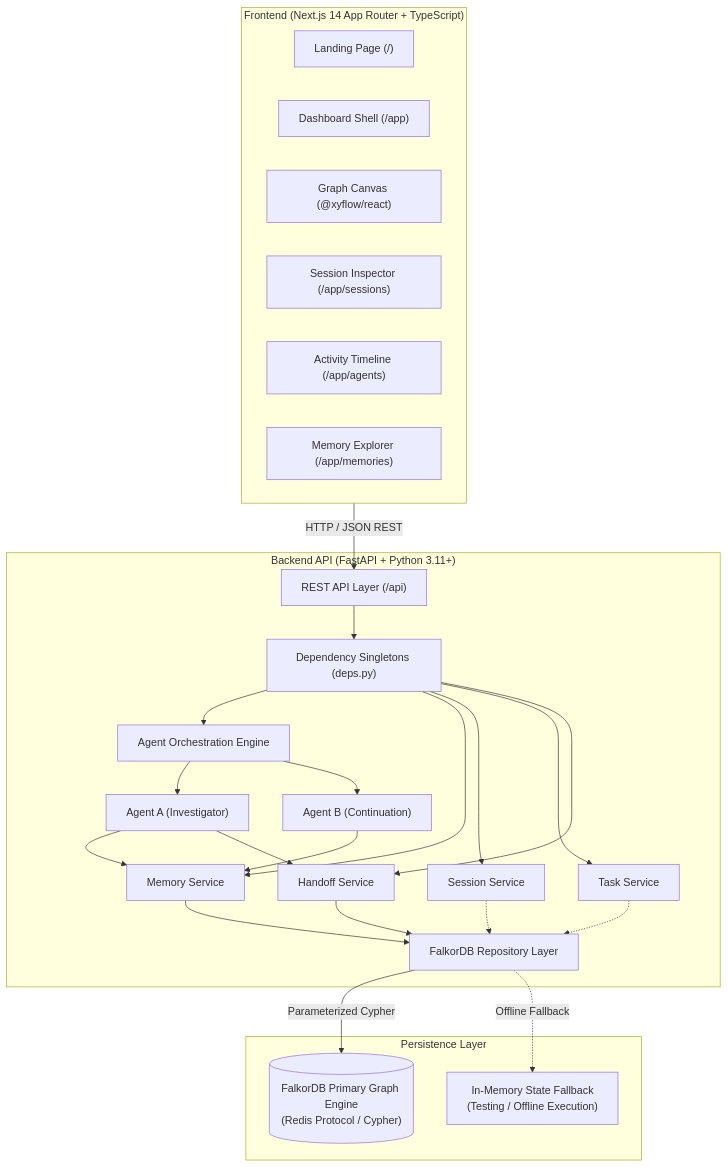
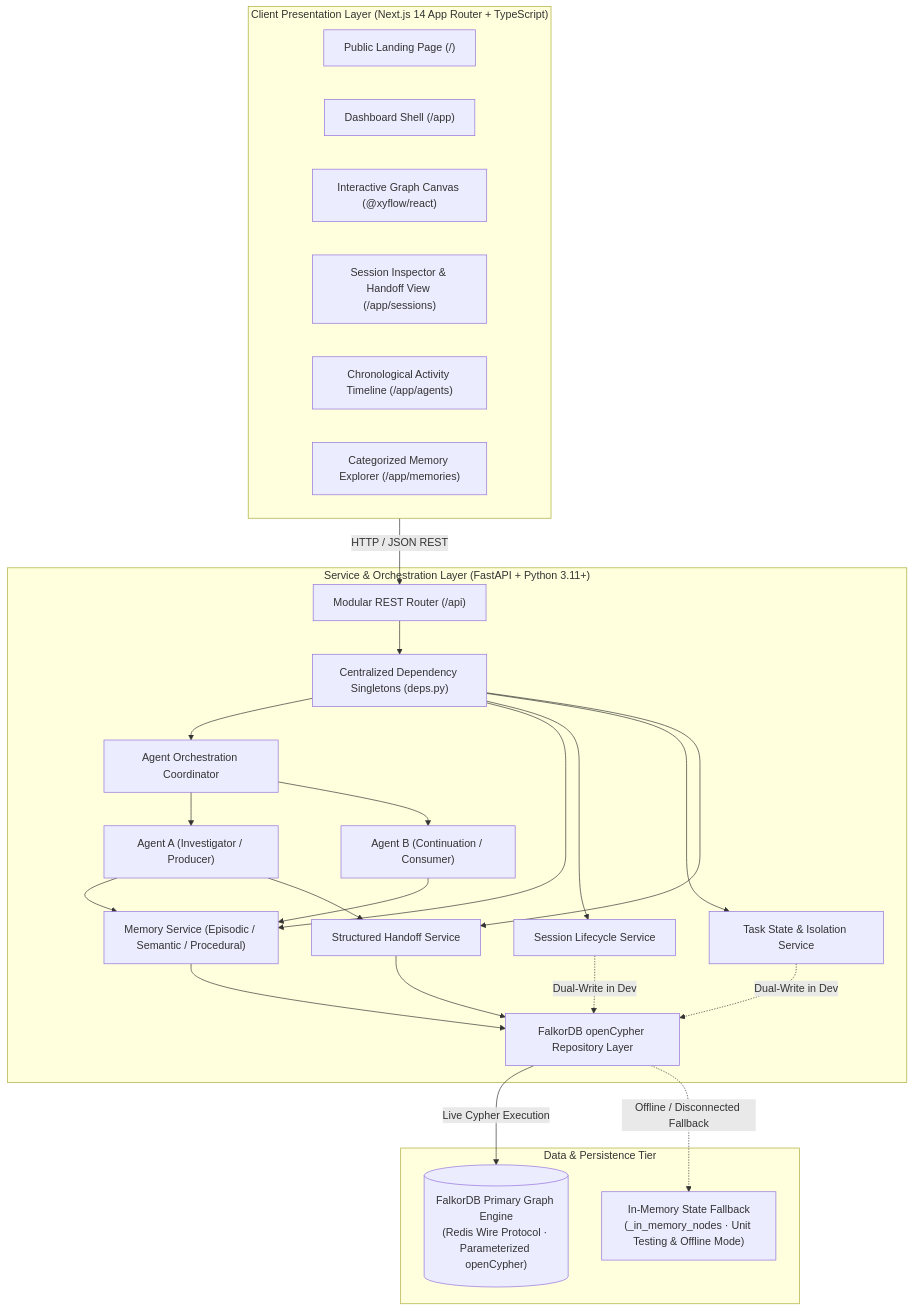
Before and after one commit to HalaNaaz/ContinuumAI: the third of 3 diagrams in README.md, drawn with Mermaid. The commit also changed other lines of this file, not shown here.

Commit message:
docs: document system architecture and component topology

````diff
--- a/README.md
+++ b/README.md
@@ -331,48 +333,48 @@
 ```mermaid
 flowchart TB
-    subgraph Client ["Frontend (Next.js 14 App Router + TypeScript)"]
-        UI_Landing["Landing Page (/)"]
+    subgraph Client ["Client Presentation Layer (Next.js 14 App Router + TypeScript)"]
+        UI_Landing["Public Landing Page (/)"]
         UI_Dash["Dashboard Shell (/app)"]
-        UI_Graph["Graph Canvas (@xyflow/react)"]
-        UI_Sessions["Session Inspector (/app/sessions)"]
-        UI_Agents["Activity Timeline (/app/agents)"]
-        UI_Memories["Memory Explorer (/app/memories)"]
+        UI_Graph["Interactive Graph Canvas (@xyflow/react)"]
+        UI_Sessions["Session Inspector & Handoff View (/app/sessions)"]
+        UI_Agents["Chronological Activity Timeline (/app/agents)"]
+        UI_Memories["Categorized Memory Explorer (/app/memories)"]
     end
 
-    subgraph Backend ["Backend API (FastAPI + Python 3.11+)"]
-        API_Router["REST API Layer (/api)"]
-        Deps["Dependency Singletons (deps.py)"]
-        Orchestrator["Agent Orchestration Engine"]
-        AgentA["Agent A (Investigator)"]
-        AgentB["Agent B (Continuation)"]
-        MemService["Memory Service"]
-        SessionService["Session Service"]
-        TaskService["Task Service"]
-        HandoffService["Handoff Service"]
-        Repo["FalkorDB Repository Layer"]
+    subgraph Backend ["Service & Orchestration Layer (FastAPI + Python 3.11+)"]
+        API_Router["Modular REST Router (/api)"]
+        Deps["Centralized Dependency Singletons (deps.py)"]
+        Orchestrator["Agent Orchestration Coordinator"]
+        AgentA["Agent A (Investigator / Producer)"]
+        AgentB["Agent B (Continuation / Consumer)"]
+        MemService["Memory Service (Episodic / Semantic / Procedural)"]
+        SessionService["Session Lifecycle Service"]
+        TaskService["Task State & Isolation Service"]
+        HandoffService["Structured Handoff Service"]
+        Repo["FalkorDB openCypher Repository Layer"]
     end
 
-    subgraph Storage ["Persistence Layer"]
-        FalkorDB[("FalkorDB Primary Graph Engine\n(Redis Protocol / Cypher)")]
-        Fallback["In-Memory State Fallback\n(Testing / Offline Execution)"]
+    subgraph Storage ["Data & Persistence Tier"]
+        FalkorDB[("FalkorDB Primary Graph Engine\n(Redis Wire Protocol · Parameterized openCypher)")]
+        Fallback["In-Memory State Fallback\n(_in_memory_nodes · Unit Testing & Offline Mode)"]
     end
 
     Client -->|HTTP / JSON REST| API_Router
     API_Router --> Deps
     Deps --> Orchestrator
     Deps --> MemService
     Deps --> SessionService
     Deps --> TaskService
     Deps --> HandoffService
     Orchestrator --> AgentA
     Orchestrator --> AgentB
     AgentA --> MemService
     AgentA --> HandoffService
     AgentB --> MemService
     MemService --> Repo
-    SessionService -.-> Repo
-    TaskService -.-> Repo
+    SessionService -.->|Dual-Write in Dev| Repo
+    TaskService -.->|Dual-Write in Dev| Repo
     HandoffService --> Repo
-    Repo -->|Parameterized Cypher| FalkorDB
-    Repo -.->|Offline Fallback| Fallback
+    Repo -->|Live Cypher Execution| FalkorDB
+    Repo -.->|Offline / Disconnected Fallback| Fallback
 ```
````
